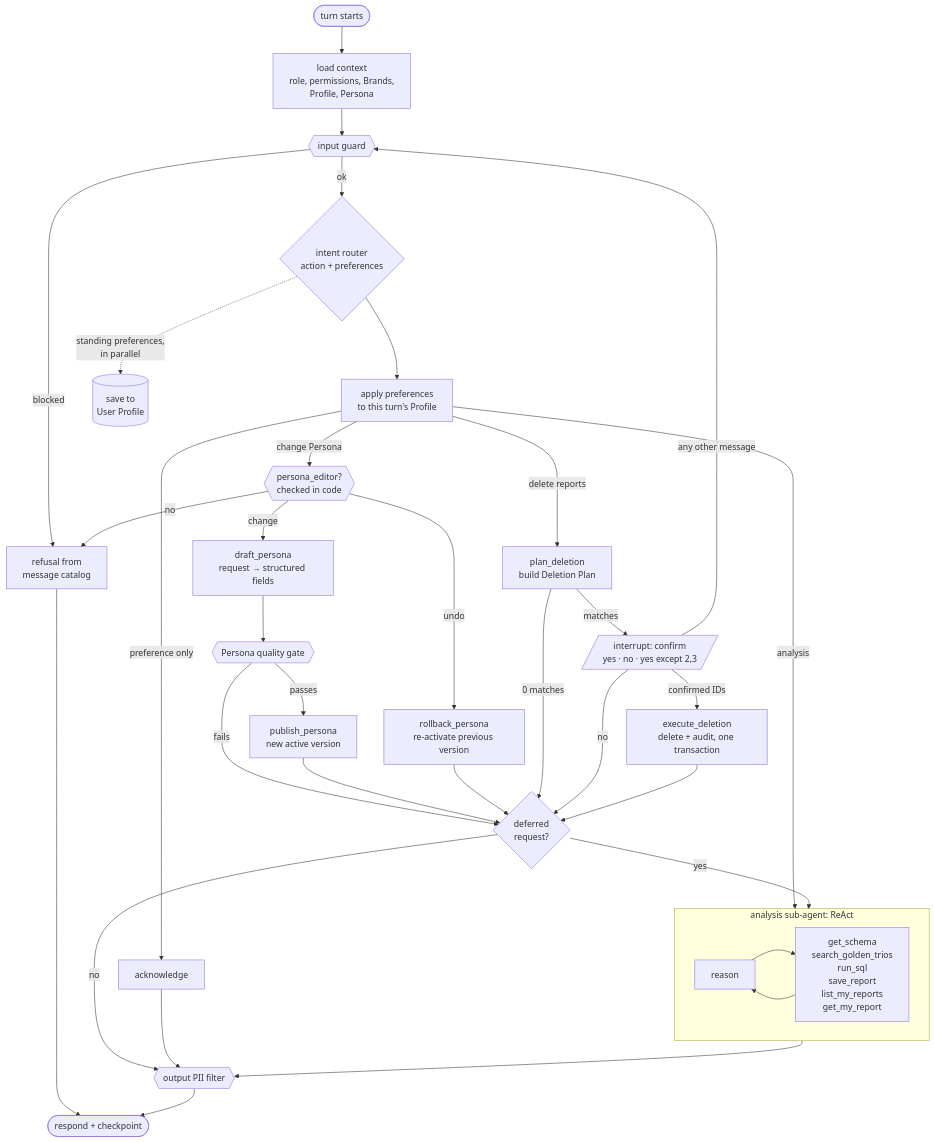
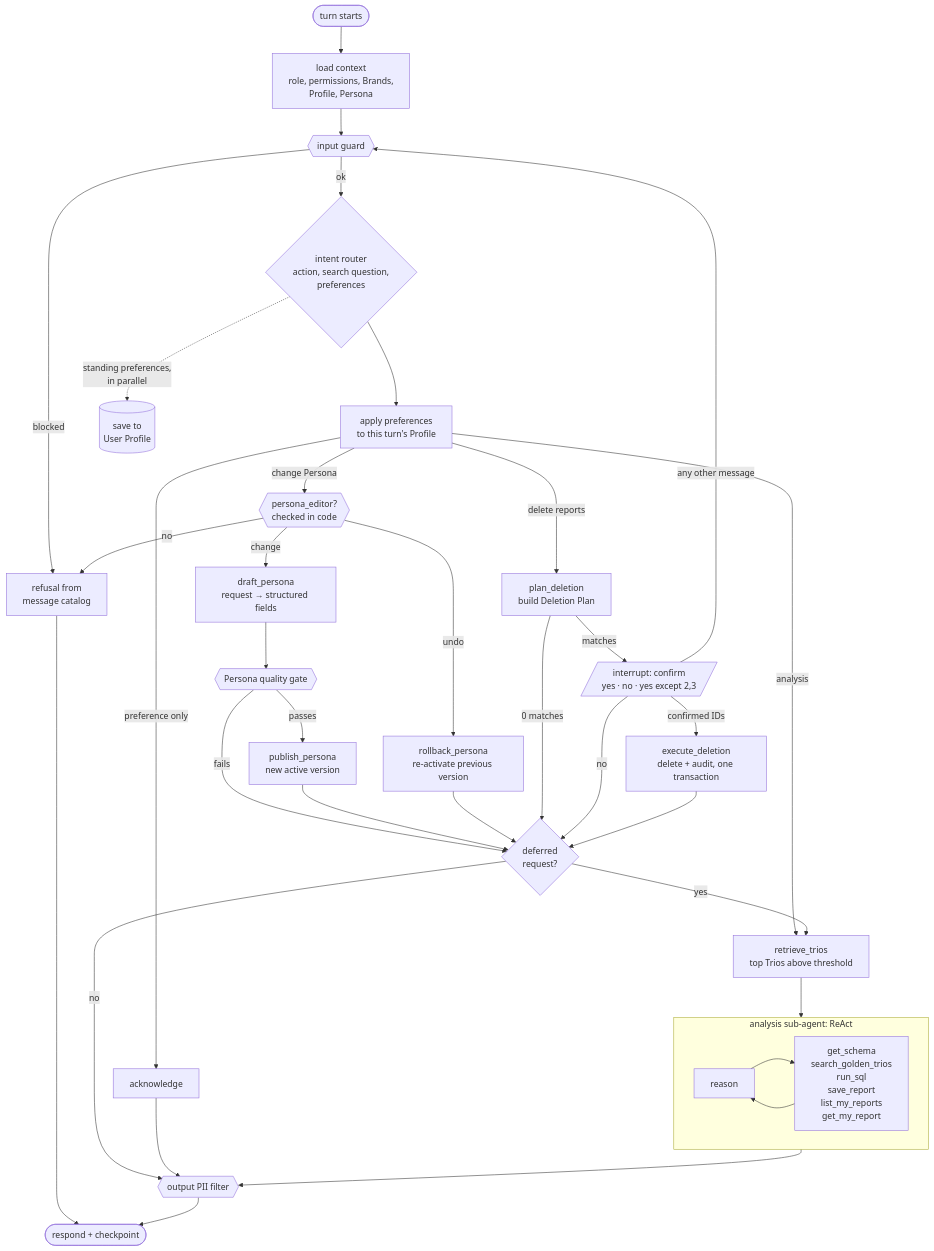
Before and after one commit to sternyishai/opsfleet-test: the second of 2 diagrams in docs/hld/01-architecture.md, drawn with Mermaid. The commit also changed other lines of this file, not shown here.

First line of the commit message:
docs(hld): add the retrieve_trios node to the 01 graph and sequence

````diff
--- a/docs/hld/01-architecture.md
+++ b/docs/hld/01-architecture.md
@@ -85,44 +86,45 @@
 ```mermaid
 flowchart TD
     START([turn starts]) --> ctx[load context<br/>role, permissions, Brands,<br/>Profile, Persona]
     ctx --> guard{{input guard}}
     guard -- blocked --> refuse[refusal from<br/>message catalog]
-    guard -- ok --> router{intent router<br/>action + preferences}
+    guard -- ok --> router{intent router<br/>action, search question,<br/>preferences}
 
     router --> apply[apply preferences<br/>to this turn's Profile]
     router -. standing preferences,<br/>in parallel .-> persist[(save to<br/>User Profile)]
 
-    apply -- analysis --> analysis
+    apply -- analysis --> retrieve[retrieve_trios<br/>top Trios above threshold]
+    retrieve --> analysis
     apply -- delete reports --> plan[plan_deletion<br/>build Deletion Plan]
     apply -- preference only --> ack[acknowledge]
     apply -- change Persona --> perm{{persona_editor?<br/>checked in code}}
 
     subgraph analysis [analysis sub-agent: ReAct]
         direction LR
         think[reason] --> tools[get_schema<br/>search_golden_trios<br/>run_sql<br/>save_report<br/>list_my_reports<br/>get_my_report]
         tools --> think
     end
 
     perm -- no --> refuse
     perm -- change --> draft[draft_persona<br/>request → structured fields]
     perm -- undo --> rb[rollback_persona<br/>re-activate previous version]
     draft --> gate{{Persona quality gate}}
     gate -- passes --> pub[publish_persona<br/>new active version]
     gate -- fails --> after
     pub --> after
     rb --> after
 
     plan -- 0 matches --> after
     plan -- matches --> confirm[/interrupt: confirm<br/>yes · no · yes except 2,3/]
     confirm -- confirmed IDs --> exec[execute_deletion<br/>delete + audit, one transaction]
     confirm -- no --> after
     confirm -- any other message --> guard
     exec --> after{deferred<br/>request?}
-    after -- yes --> analysis
+    after -- yes --> retrieve
     after -- no --> pii
 
     analysis --> pii{{output PII filter}}
     ack --> pii
     refuse --> respond
     pii --> respond([respond + checkpoint])
 ```
````
